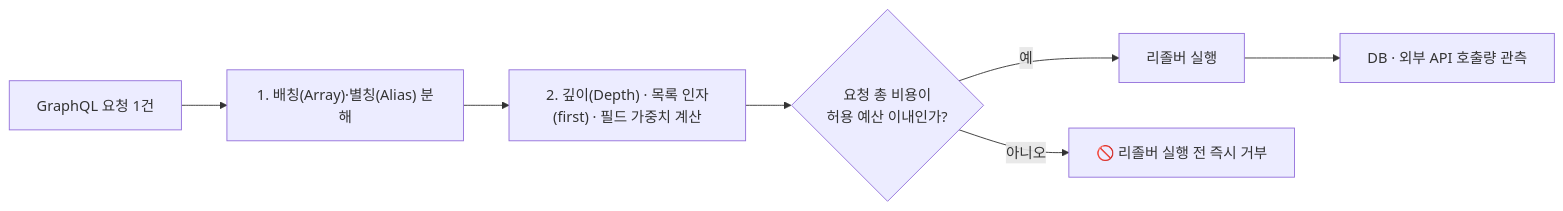
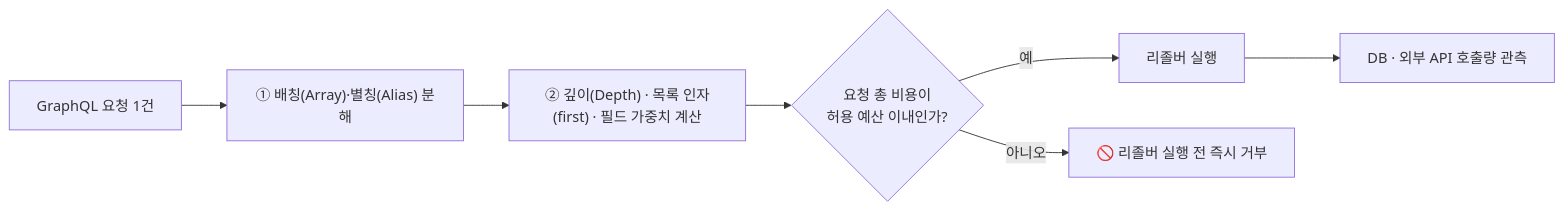
One commit to gooyong-sec/gooyong-sec.github.io changed the second of 2 diagrams in content/웹취약점/웹 취약점 진단 — API 자원 소비 진단(Unrestricted Resource Consumption, API4).md. Above: the diagram before and after it, drawn with Mermaid. The commit also changed 28 other files, not shown here.

First line of the commit message:
fix: eliminate remaining mermaid markdown-list misparse across all diagrams

````diff
--- a/content/웹취약점/웹 취약점 진단 — API 자원 소비 진단(Unrestricted Resource Consumption, API4).md
+++ b/content/웹취약점/웹 취약점 진단 — API 자원 소비 진단(Unrestricted Resource Consumption, API4).md
@@ -119,9 +119,9 @@
 ```mermaid
 flowchart LR
-    A["GraphQL 요청 1건"] --> B["1. 배칭(Array)·별칭(Alias) 분해"]
-    B --> C["2. 깊이(Depth) · 목록 인자(first) · 필드 가중치 계산"]
+    A["GraphQL 요청 1건"] --> B["① 배칭(Array)·별칭(Alias) 분해"]
+    B --> C["② 깊이(Depth) · 목록 인자(first) · 필드 가중치 계산"]
     C --> D{"요청 총 비용이<br/>허용 예산 이내인가?"}
     D -->|"예"| E["리졸버 실행"]
     D -->|"아니오"| F["🚫 리졸버 실행 전 즉시 거부"]
     E --> G["DB · 외부 API 호출량 관측"]
 ```
````
